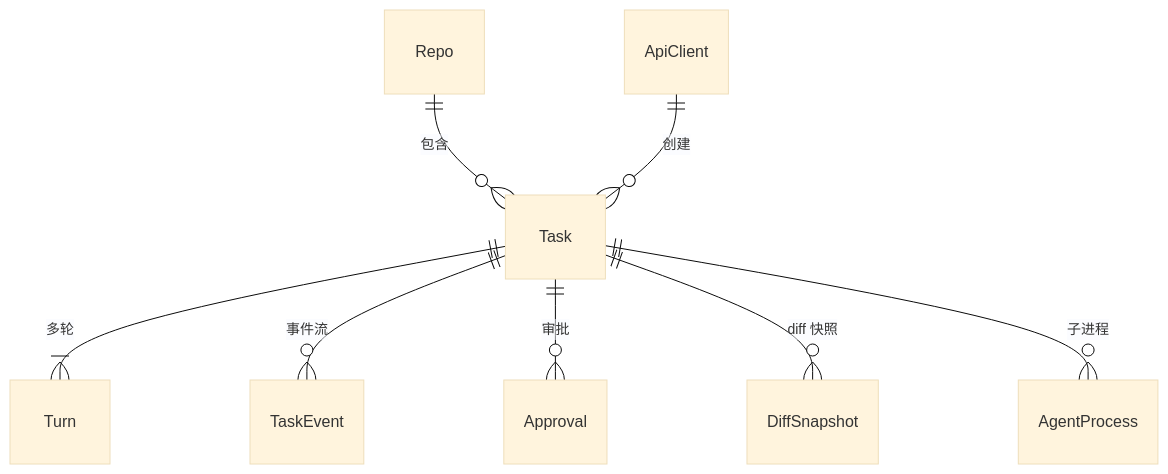
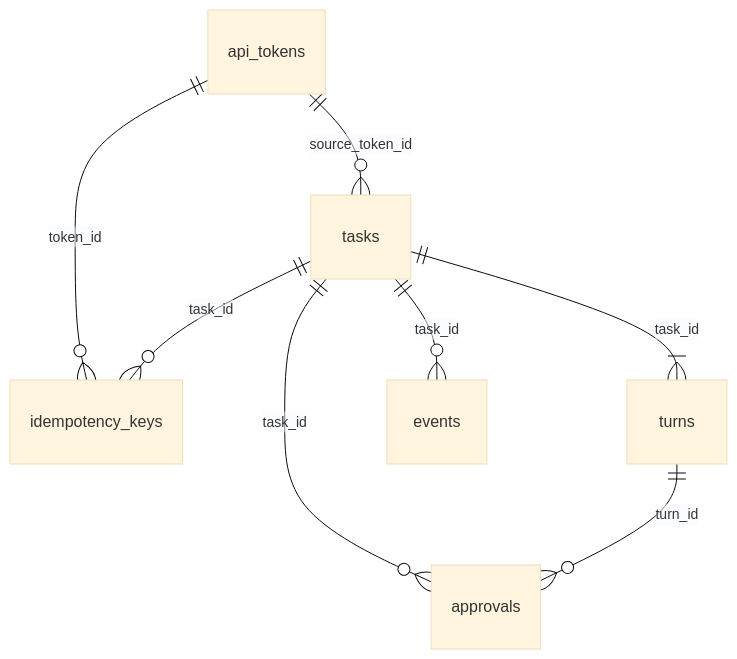
Before and after one commit to xv-jiaqi/multi-apps: the diagram in apps/agent-hub/docs/data-model.md, drawn with Mermaid (base theme). The commit also changed other lines of this file and 2 other files, not shown here.

Commit message:
docs(docs): rewrite agent-hub data model for node:sqlite

````diff
--- a/apps/agent-hub/docs/data-model.md
+++ b/apps/agent-hub/docs/data-model.md
@@ -14,10 +103,10 @@
 ```mermaid
 erDiagram
-  Repo ||--o{ Task : "包含"
-  ApiClient ||--o{ Task : "创建"
-  Task ||--|{ Turn : "多轮"
-  Task ||--o{ TaskEvent : "事件流"
-  Task ||--o{ Approval : "审批"
-  Task ||--o{ DiffSnapshot : "diff 快照"
-  Task ||--o{ AgentProcess : "子进程"
+  api_tokens ||--o{ tasks : "source_token_id"
+  api_tokens ||--o{ idempotency_keys : "token_id"
+  tasks ||--|{ turns : "task_id"
+  tasks ||--o{ events : "task_id"
+  tasks ||--o{ approvals : "task_id"
+  turns ||--o{ approvals : "turn_id"
+  tasks ||--o{ idempotency_keys : "task_id"
 ```
````
